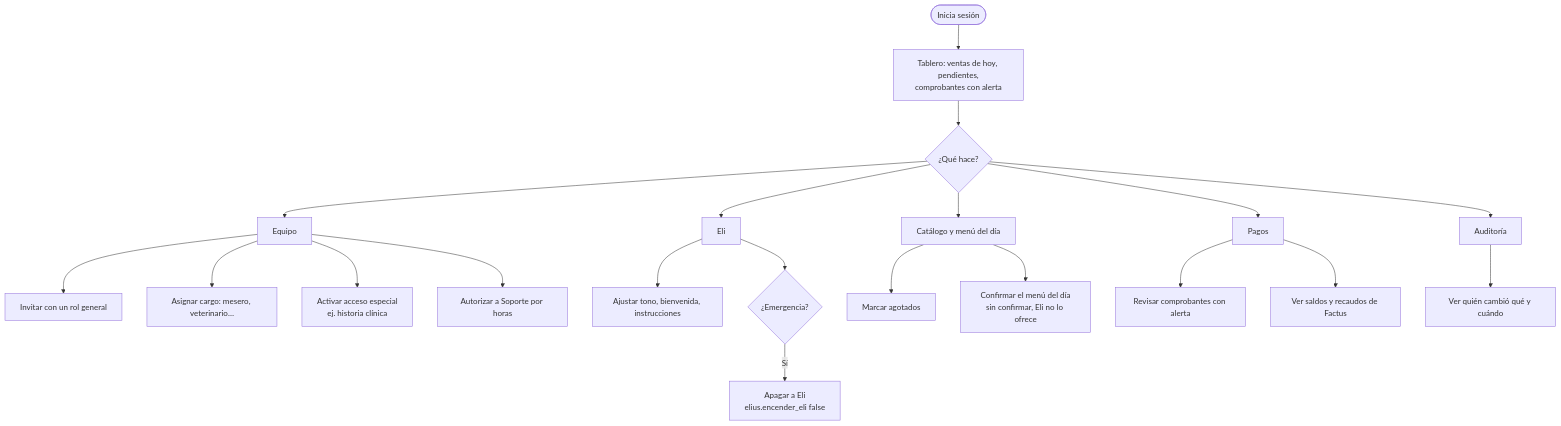
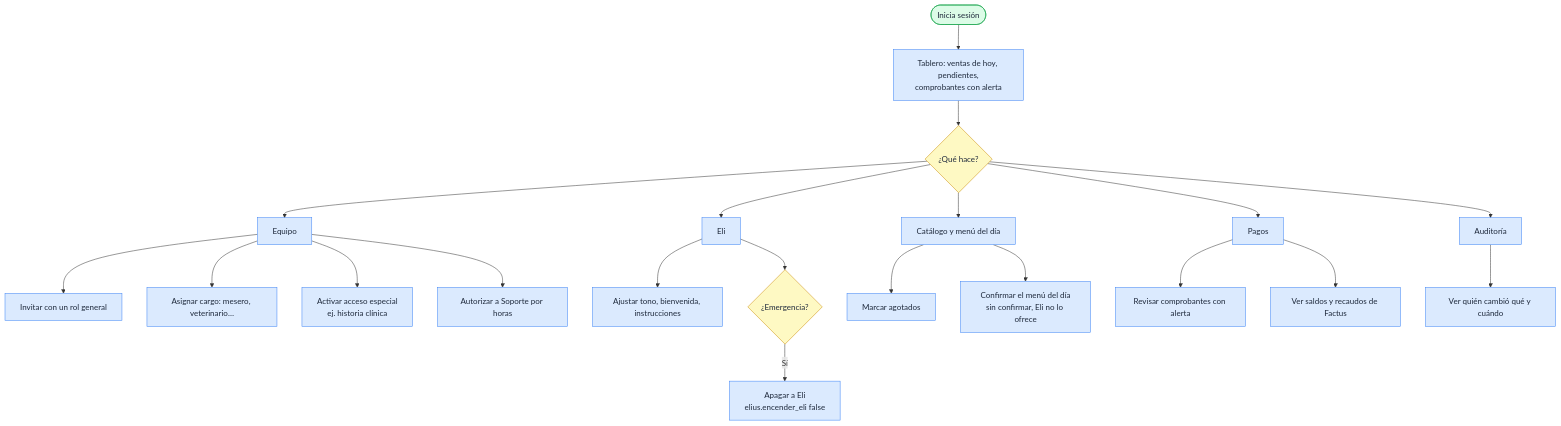
One commit to svzapatac/Elius changed the second of 2 diagrams in docs/03_flujos_usuario/02_panel_administrador.md. Above: the diagram before and after it, drawn with Mermaid. The commit also changed other lines of this file and 46 other files, not shown here.

````diff
--- a/docs/03_flujos_usuario/02_panel_administrador.md
+++ b/docs/03_flujos_usuario/02_panel_administrador.md
@@ -25,22 +30,27 @@
 ```mermaid
 flowchart TD
   A([Inicia sesión]) --> B[Tablero: ventas de hoy, pendientes,<br/>comprobantes con alerta]
   B --> C{¿Qué hace?}
   C --> D[Equipo]
   C --> E[Eli]
   C --> F[Catálogo y menú del día]
   C --> G[Pagos]
   C --> H[Auditoría]
   D --> D1[Invitar con un rol general]
   D --> D2[Asignar cargo: mesero, veterinario…]
   D --> D3[Activar acceso especial<br/>ej. historia clínica]
   D --> D4[Autorizar a Soporte por horas]
   E --> E1[Ajustar tono, bienvenida, instrucciones]
   E --> E2{¿Emergencia?}
   E2 -- Sí --> E3[Apagar a Eli<br/>elius.encender_eli false]
   F --> F1[Marcar agotados]
   F --> F2[Confirmar el menú del día<br/>sin confirmar, Eli no lo ofrece]
   G --> G1[Revisar comprobantes con alerta]
   G --> G2[Ver saldos y recaudos de Factus]
   H --> H1[Ver quién cambió qué y cuándo]
+  classDef default fill:#dbeafe,stroke:#3b82f6,color:#1e293b
+  classDef dec fill:#fef9c3,stroke:#ca8a04,color:#1e293b
+  classDef ok fill:#dcfce7,stroke:#16a34a,color:#1e293b
+  class C,E2 dec
+  class A ok
 ```
````
